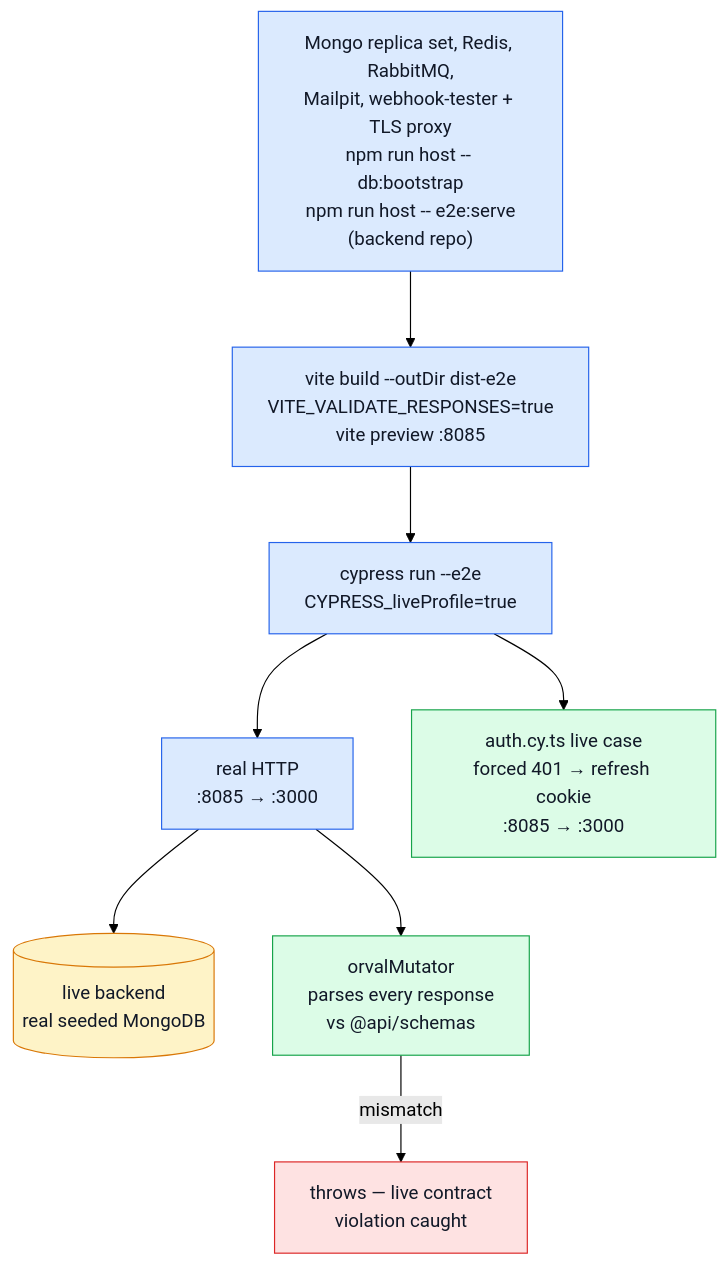
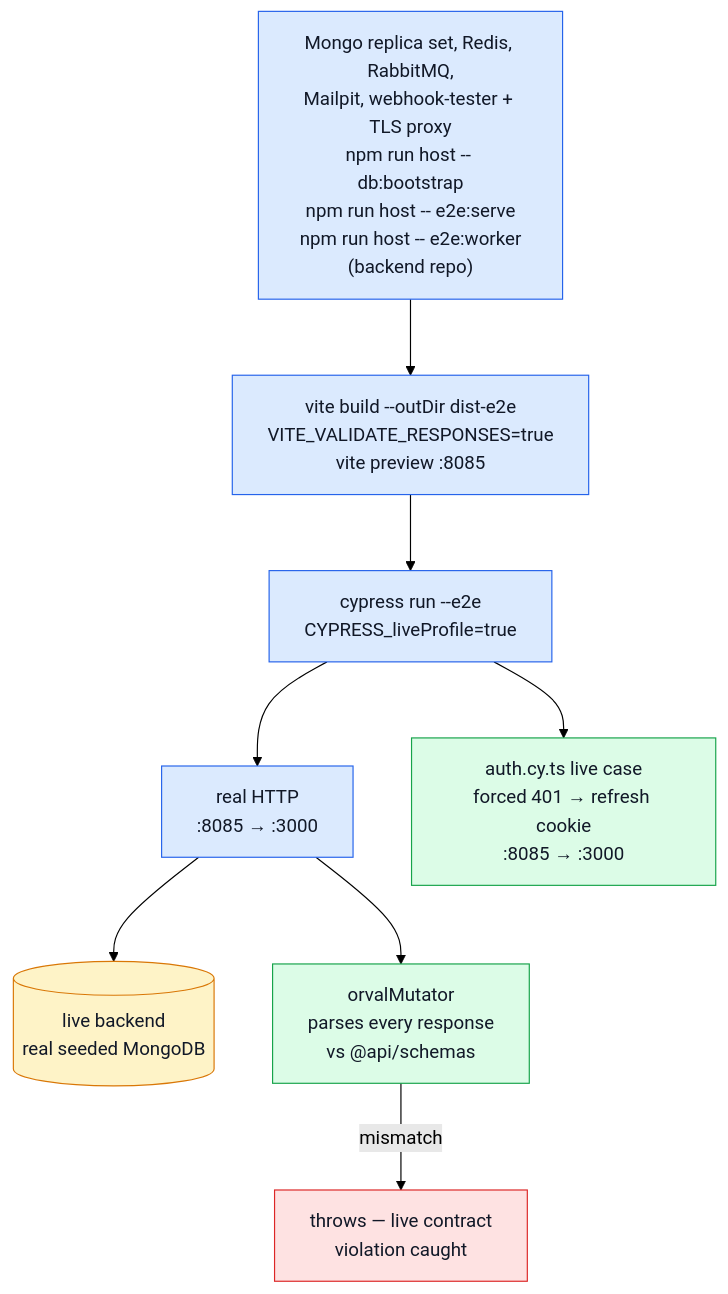
One commit to Guebbit/boilerplate-vue-frontend changed the fifth of 5 diagrams in docs/tools/live-e2e.md. Above: the diagram before and after it, drawn with Mermaid (forest theme). The commit also changed other lines of this file and 1 other file, not shown here.

First line of the commit message:
ci(e2e): start the backend's worker beside it, so a live run's jobs are taken

````diff
--- a/docs/tools/live-e2e.md
+++ b/docs/tools/live-e2e.md
@@ -129,20 +129,20 @@
 ```mermaid
 %%{init: {'flowchart': {'nodeSpacing': 50, 'rankSpacing': 65}}}%%
 flowchart TB
-    Boot["Mongo replica set, Redis, RabbitMQ,\nMailpit, webhook-tester + TLS proxy\nnpm run host -- db:bootstrap\nnpm run host -- e2e:serve\n(backend repo)"] --> Vite["vite build --outDir dist-e2e\nVITE_VALIDATE_RESPONSES=true\nvite preview :8085"]
+    Boot["Mongo replica set, Redis, RabbitMQ,\nMailpit, webhook-tester + TLS proxy\nnpm run host -- db:bootstrap\nnpm run host -- e2e:serve\nnpm run host -- e2e:worker\n(backend repo)"] --> Vite["vite build --outDir dist-e2e\nVITE_VALIDATE_RESPONSES=true\nvite preview :8085"]
     Vite --> Cypress["cypress run --e2e\nCYPRESS_liveProfile=true"]
     Cypress --> Real["real HTTP\n:8085 → :3000"]
     Real --> Backend[("live backend\nreal seeded MongoDB")]
     Real --> Mutator["orvalMutator\nparses every response\nvs @api/schemas"]
     Mutator -->|mismatch| Fail["throws — live contract\nviolation caught"]
     Cypress --> Refresh["auth.cy.ts live case\nforced 401 → refresh cookie\n:8085 → :3000"]
 
     classDef step fill:#dbeafe,stroke:#2563eb,color:#111827;
     classDef check fill:#dcfce7,stroke:#16a34a,color:#111827;
     classDef fail fill:#fee2e2,stroke:#dc2626,color:#111827;
     classDef data fill:#fef3c7,stroke:#d97706,color:#111827;
     class Boot,Vite,Cypress,Real step;
     class Mutator,Parity,Refresh check;
     class Fail fail;
     class Backend data;
 ```
````
